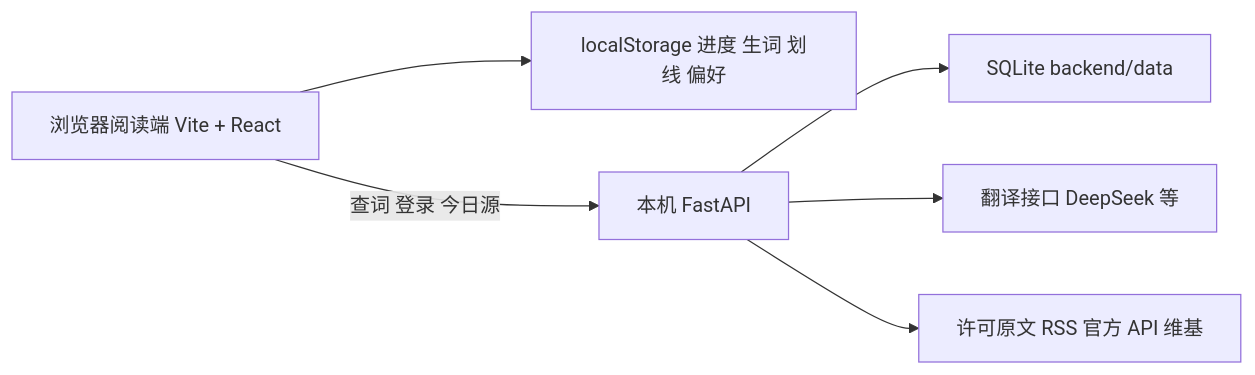
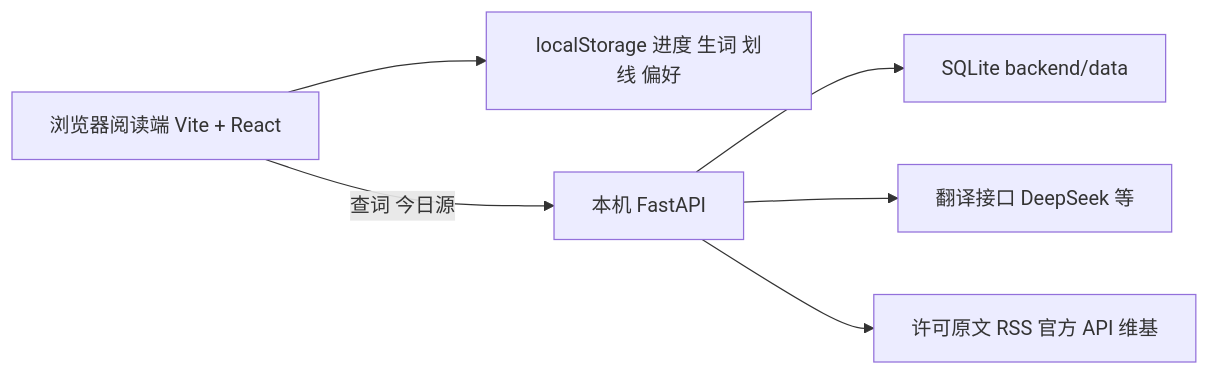
One commit to liusucheng0213/soda-reading changed the diagram in README.md. Above: the diagram before and after it, drawn with Mermaid. The commit also changed other lines of this file and 51 other files, not shown here.

````diff
--- a/README.md
+++ b/README.md
@@ -31,15 +33,15 @@
 ```mermaid
 flowchart LR
   browser["浏览器阅读端 Vite + React"]
   storage["localStorage 进度 生词 划线 偏好"]
   api["本机 FastAPI"]
   db["SQLite backend/data"]
   providers["翻译接口 DeepSeek 等"]
   sources["许可原文 RSS 官方 API 维基"]
 
   browser --> storage
-  browser -->|"查词 登录 今日源"| api
+  browser -->|"查词 今日源"| api
   api --> db
   api --> providers
   api --> sources
 ```
````
